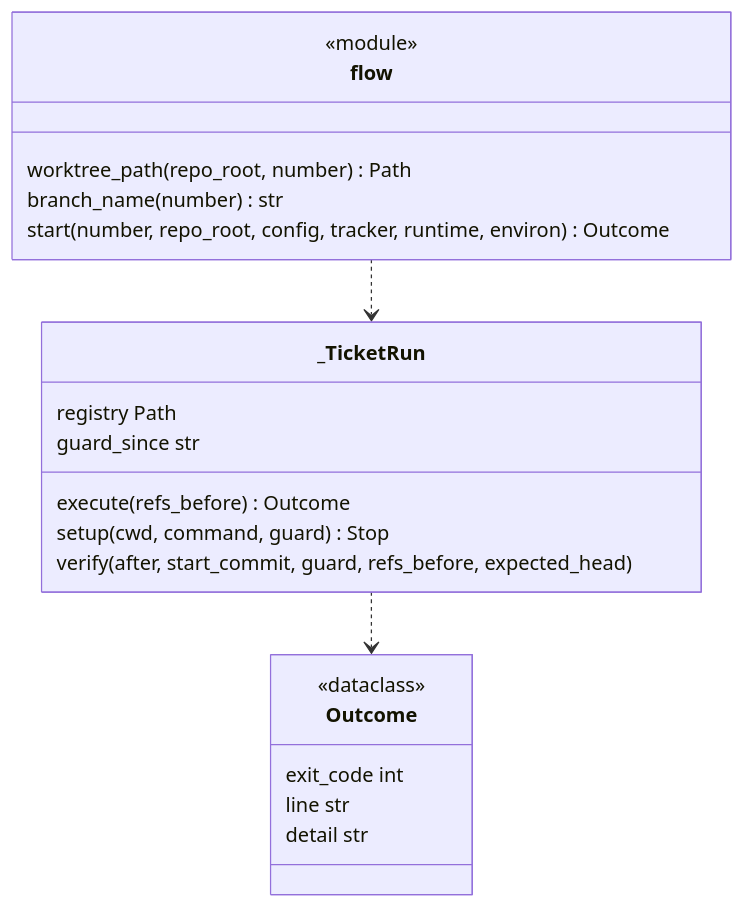
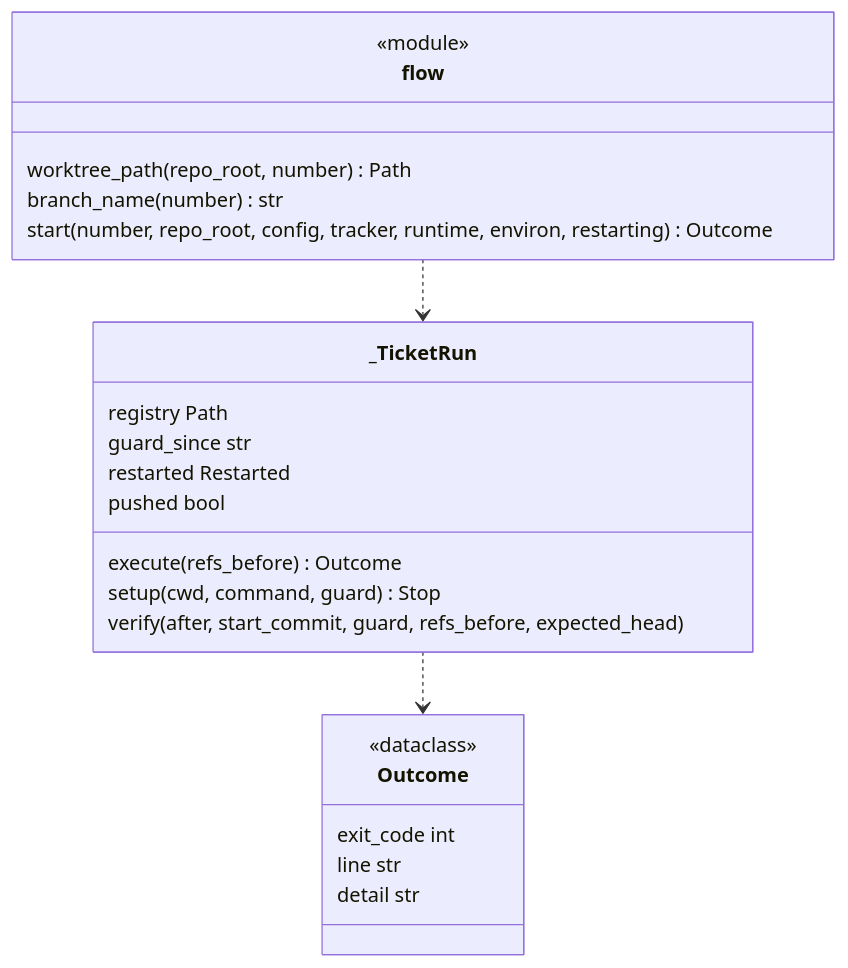
Before and after one commit to plaplanche/ariane: the second of 3 diagrams in docs/architecture/modules/flow.md, drawn with Mermaid. The commit also changed other lines of this file and 27 other files, not shown here.

````diff
--- a/docs/architecture/modules/flow.md
+++ b/docs/architecture/modules/flow.md
@@ -80,24 +82,26 @@
 ```mermaid
 classDiagram
 class Outcome {
   <<dataclass>>
   exit_code int
   line str
   detail str
 }
 class _TicketRun {
   registry Path
   guard_since str
+  restarted Restarted
+  pushed bool
   execute(refs_before) Outcome
   setup(cwd, command, guard) Stop
   verify(after, start_commit, guard, refs_before, expected_head)
 }
 class flow {
   <<module>>
   worktree_path(repo_root, number) Path
   branch_name(number) str
-  start(number, repo_root, config, tracker, runtime, environ) Outcome
+  start(number, repo_root, config, tracker, runtime, environ, restarting) Outcome
 }
 flow ..> _TicketRun
 _TicketRun ..> Outcome
 ```
````
